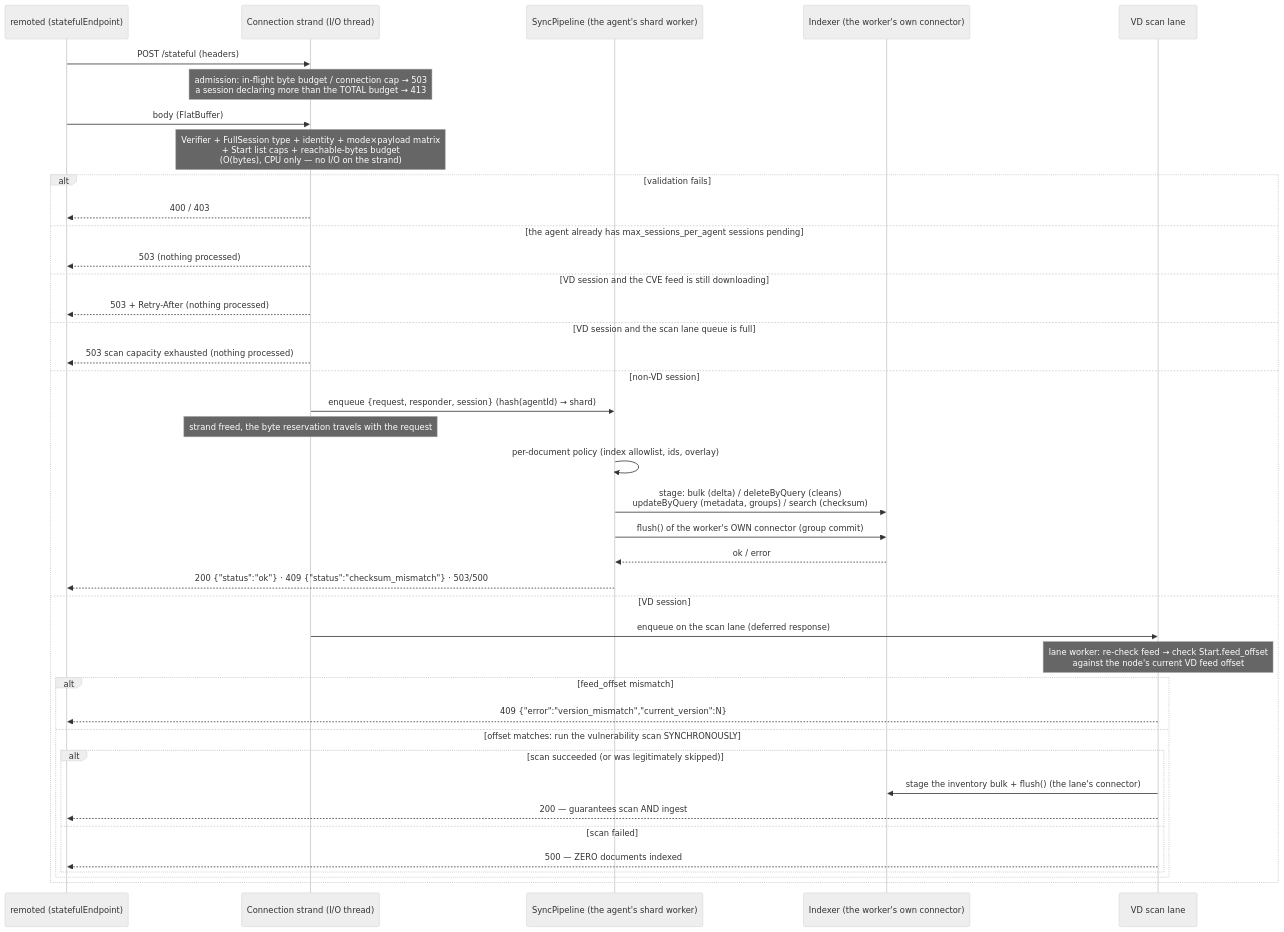
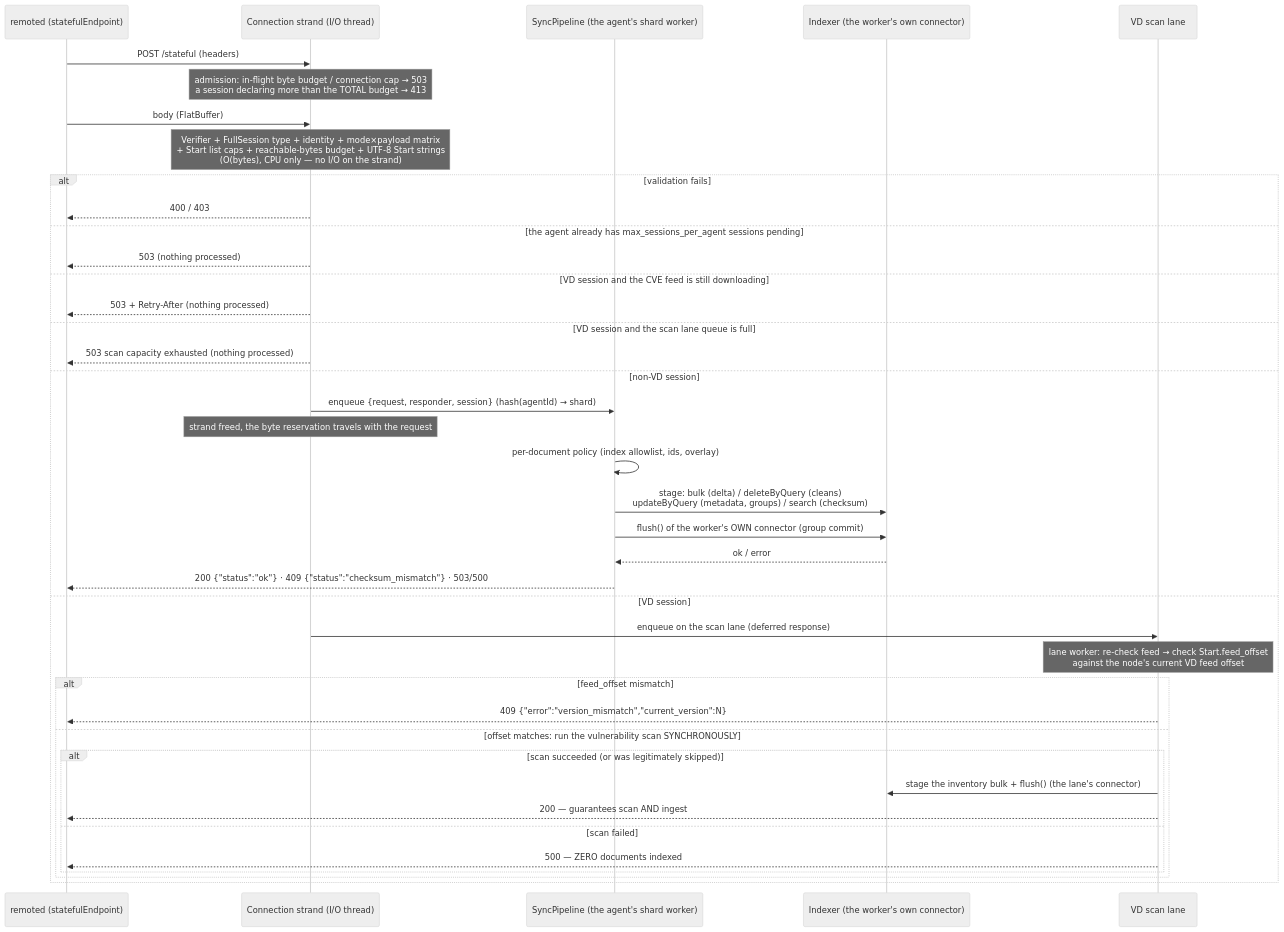
The second of 4 diagrams in docs/ref/modules/inventory-sync-server/architecture.md (wazuh/wazuh), drawn with Mermaid (neutral theme) before and after one commit. The commit also changed other lines of this file and 7 other files, not shown here.

````diff
--- a/docs/ref/modules/inventory-sync-server/architecture.md
+++ b/docs/ref/modules/inventory-sync-server/architecture.md
@@ -58,42 +58,42 @@
 ```mermaid
 sequenceDiagram
     participant R as remoted (statefulEndpoint)
     participant S as Connection strand (I/O thread)
     participant Q as SyncPipeline (the agent's shard worker)
     participant IDX as Indexer (the worker's own connector)
     participant VQ as VD scan lane
     R->>S: POST /stateful (headers)
     Note over S: admission: in-flight byte budget / connection cap → 503<br/>a session declaring more than the TOTAL budget → 413
     R->>S: body (FlatBuffer)
-    Note over S: Verifier + FullSession type + identity + mode×payload matrix<br/>+ Start list caps + reachable-bytes budget<br/>(O(bytes), CPU only — no I/O on the strand)
+    Note over S: Verifier + FullSession type + identity + mode×payload matrix<br/>+ Start list caps + reachable-bytes budget + UTF-8 Start strings<br/>(O(bytes), CPU only — no I/O on the strand)
     alt validation fails
         S-->>R: 400 / 403
     else the agent already has max_sessions_per_agent sessions pending
         S-->>R: 503 (nothing processed)
     else VD session and the CVE feed is still downloading
         S-->>R: 503 + Retry-After (nothing processed)
     else VD session and the scan lane queue is full
         S-->>R: 503 scan capacity exhausted (nothing processed)
     else non-VD session
         S->>Q: enqueue {request, responder, session} (hash(agentId) → shard)
         Note over S: strand freed, the byte reservation travels with the request
         Q->>Q: per-document policy (index allowlist, ids, overlay)
         Q->>IDX: stage: bulk (delta) / deleteByQuery (cleans)<br/>updateByQuery (metadata, groups) / search (checksum)
         Q->>IDX: flush() of the worker's OWN connector (group commit)
         IDX-->>Q: ok / error
         Q-->>R: 200 {"status":"ok"} · 409 {"status":"checksum_mismatch"} · 503/500
     else VD session
         S->>VQ: enqueue on the scan lane (deferred response)
         Note over VQ: lane worker: re-check feed → check Start.feed_offset<br/>against the node's current VD feed offset
         alt feed_offset mismatch
             VQ-->>R: 409 {"error":"version_mismatch","current_version":N}
         else offset matches: run the vulnerability scan SYNCHRONOUSLY
             alt scan succeeded (or was legitimately skipped)
                 VQ->>IDX: stage the inventory bulk + flush() (the lane's connector)
                 VQ-->>R: 200 — guarantees scan AND ingest
             else scan failed
                 VQ-->>R: 500 — ZERO documents indexed
             end
         end
     end
 ```
````
